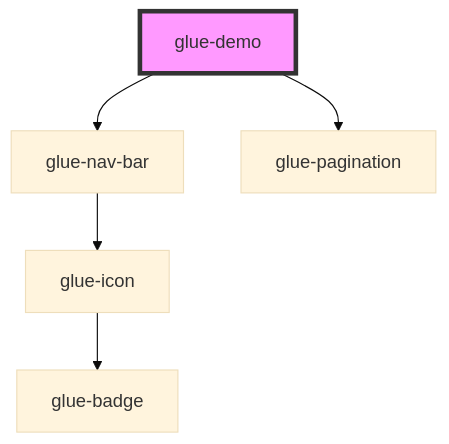
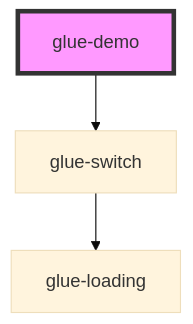
Before and after one commit to grasilife/glue: the diagram in packages/glue-components/src/components/glue-demo/readme.md, drawn with Mermaid (base theme). The commit also changed other lines of this file and 71 other files, not shown here.

````diff
--- a/packages/glue-components/src/components/glue-demo/readme.md
+++ b/packages/glue-components/src/components/glue-demo/readme.md
@@ -25,8 +24,6 @@
 ```mermaid
 graph TD;
-  glue-demo --> glue-nav-bar
-  glue-demo --> glue-pagination
-  glue-nav-bar --> glue-icon
-  glue-icon --> glue-badge
+  glue-demo --> glue-switch
+  glue-switch --> glue-loading
   style glue-demo fill:#f9f,stroke:#333,stroke-width:4px
 ```
````
